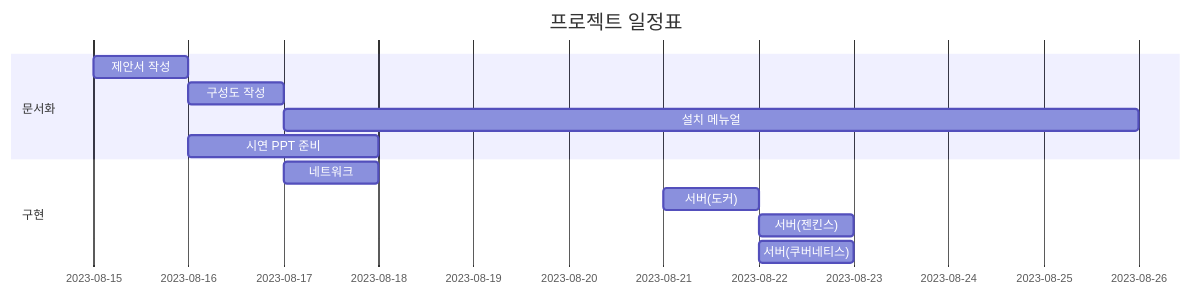
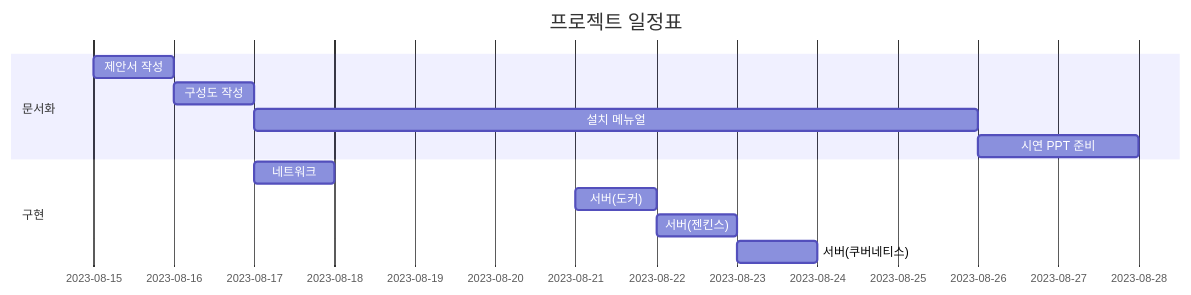
One commit to KimJeongHoon190/First_Project changed the diagram in README.md. Above: the diagram before and after it, drawn with Mermaid.

````diff
--- a/README.md
+++ b/README.md
@@ -4,16 +4,16 @@
 ```mermaid
 gantt
     title 프로젝트 일정표
     dateFormat  YYYY-MM-DD
     section 문서화
     제안서 작성  : a1, 2023-08-15, 1d
     구성도 작성  : after a1, 1d
     설치 메뉴얼 : after a1, 2023-08-17, 9d
-    시연 PPT 준비 : after a1, 2d
+    시연 PPT 준비 : after a1, 2023-08-26, 2d
 
     section 구현
     네트워크     : b1, 2023-08-17, 1d
     서버(도커) : b2, 2023-08-21, 1d
     서버(젠킨스) :after b2 , 1d
-    서버(쿠버네티스) : after b2, 1d
+    서버(쿠버네티스) : after b2, 2023-08-23, 1d
 ```
````
